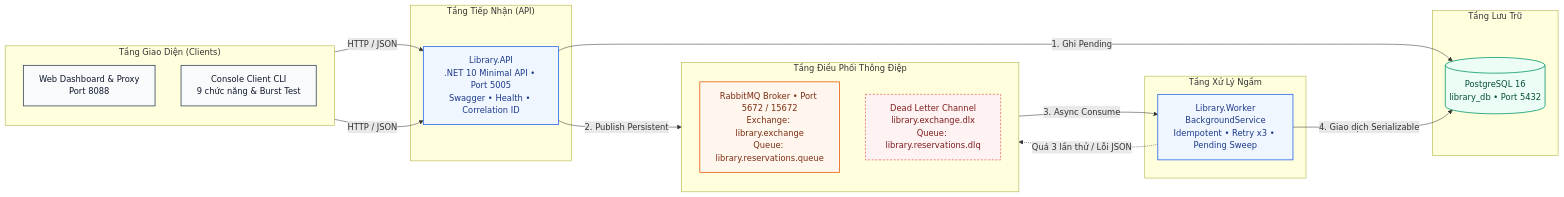
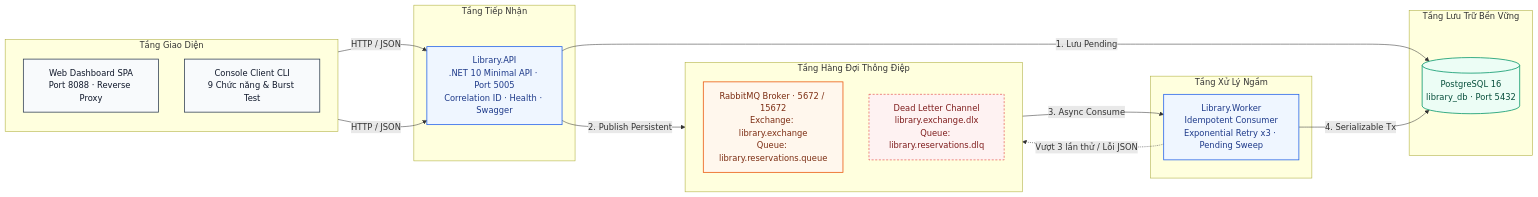
The first of 3 diagrams in README.md (azmedia2006/distributed-library-reservation-v2), drawn with Mermaid before and after one commit. The commit also changed other lines of this file and 3 other files, not shown here.

````diff
--- a/README.md
+++ b/README.md
@@ -51,46 +70,46 @@
 ```mermaid
 flowchart LR
-    subgraph Clients["Tầng Giao Diện (Clients)"]
+    subgraph Clients["Tầng Giao Diện"]
         direction TB
-        Web["Web Dashboard & Proxy<br/>Port 8088"]
-        CLI["Console Client CLI<br/>9 chức năng & Burst Test"]
+        Web["Web Dashboard SPA<br/>Port 8088 · Reverse Proxy"]
+        CLI["Console Client CLI<br/>9 Chức năng & Burst Test"]
     end
 
-    subgraph Edge["Tầng Tiếp Nhận (API)"]
-        API["Library.API<br/>.NET 10 Minimal API • Port 5005<br/>Swagger • Health • Correlation ID"]
+    subgraph Edge["Tầng Tiếp Nhận"]
+        API["Library.API<br/>.NET 10 Minimal API · Port 5005<br/>Correlation ID · Health · Swagger"]
     end
 
-    subgraph Messaging["Tầng Điều Phối Thông Điệp"]
+    subgraph Messaging["Tầng Hàng Đợi Thông Điệp"]
         direction TB
-        RMQ["RabbitMQ Broker • Port 5672 / 15672<br/>Exchange: library.exchange<br/>Queue: library.reservations.queue"]
+        RMQ["RabbitMQ Broker · 5672 / 15672<br/>Exchange: library.exchange<br/>Queue: library.reservations.queue"]
         DLQ["Dead Letter Channel<br/>library.exchange.dlx<br/>Queue: library.reservations.dlq"]
     end
 
     subgraph Processing["Tầng Xử Lý Ngầm"]
-        Worker["Library.Worker<br/>BackgroundService<br/>Idempotent • Retry x3 • Pending Sweep"]
+        Worker["Library.Worker<br/>Idempotent Consumer<br/>Exponential Retry x3 · Pending Sweep"]
     end
 
-    subgraph Storage["Tầng Lưu Trữ"]
-        DB[("PostgreSQL 16<br/>library_db • Port 5432")]
+    subgraph Storage["Tầng Lưu Trữ Bền Vững"]
+        DB[("PostgreSQL 16<br/>library_db · Port 5432")]
     end
 
     Web -->|HTTP / JSON| API
     CLI -->|HTTP / JSON| API
-    API -->|1. Ghi Pending| DB
+    API -->|1. Lưu Pending| DB
     API -->|2. Publish Persistent| RMQ
     RMQ -->|3. Async Consume| Worker
-    Worker -.->|Quá 3 lần thử / Lỗi JSON| DLQ
-    Worker -->|4. Giao dịch Serializable| DB
+    Worker -.->|Vượt 3 lần thử / Lỗi JSON| DLQ
+    Worker -->|4. Serializable Tx| DB
 
     classDef client fill:#f8fafc,stroke:#334155,stroke-width:1.5px,color:#0f172a;
     classDef service fill:#eff6ff,stroke:#2563eb,stroke-width:1.5px,color:#1e3a8a;
     classDef broker fill:#fff7ed,stroke:#ea580c,stroke-width:1.5px,color:#7c2d12;
     classDef dlq fill:#fef2f2,stroke:#dc2626,stroke-width:1px,stroke-dasharray: 4 3,color:#7f1d1d;
     classDef db fill:#ecfdf5,stroke:#059669,stroke-width:1.5px,color:#064e3b;
 
     class Web,CLI client;
     class API,Worker service;
     class RMQ broker;
     class DLQ dlq;
     class DB db;
 ```
````
